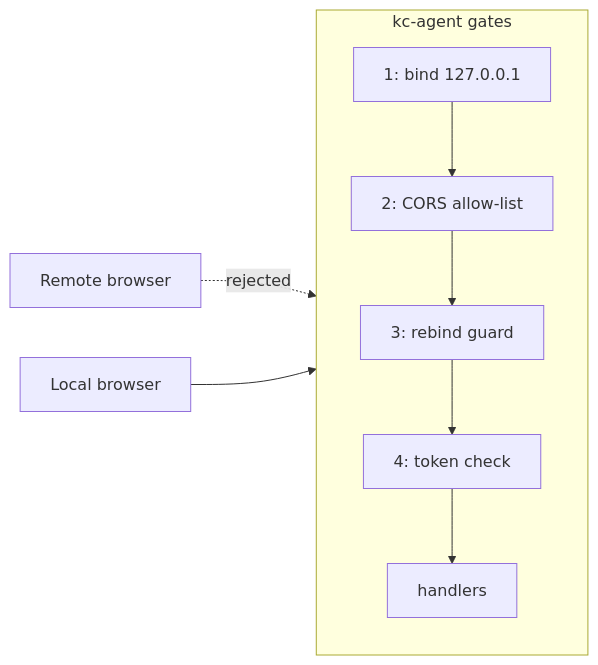
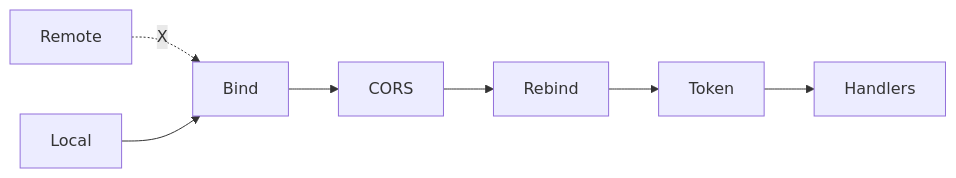
One commit to kubestellar/docs changed the second of 6 diagrams in docs/content/console/security-model.md. Above: the diagram before and after it, drawn with Mermaid. The commit also changed other lines of this file, not shown here.

Commit message:
📖 docs(console): aggressively simplify mermaid labels for narrow renders

````diff
--- a/docs/content/console/security-model.md
+++ b/docs/content/console/security-model.md
@@ -89,21 +91,17 @@
 ```mermaid
 flowchart LR
-    RB[Remote browser]
-    LB[Local browser]
+    RB[Remote]
+    LB[Local]
+    BIND[Bind]
+    CORS[CORS]
+    REB[Rebind]
+    TOK[Token]
+    KA[Handlers]
 
-    subgraph Gates["kc-agent gates"]
-        direction TB
-        BIND[1: bind 127.0.0.1]
-        CORS[2: CORS allow-list]
-        REB[3: rebind guard]
-        TOK[4: token check]
-        KA[handlers]
-    end
-
-    RB -.rejected.-> BIND
+    RB -.X.-> BIND
     LB --> BIND
     BIND --> CORS
     CORS --> REB
     REB --> TOK
     TOK --> KA
 ```
````
